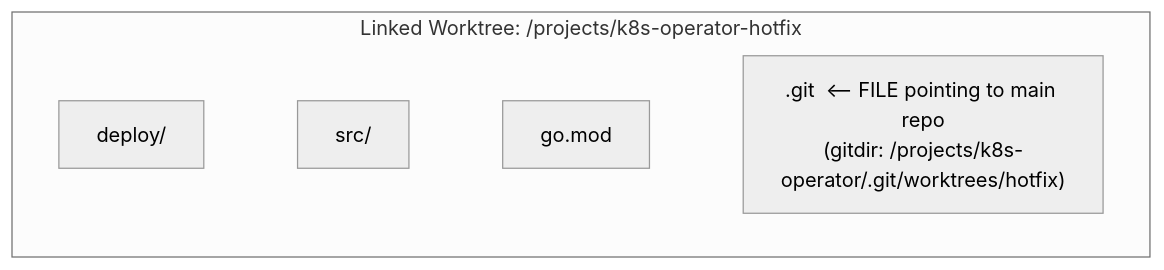
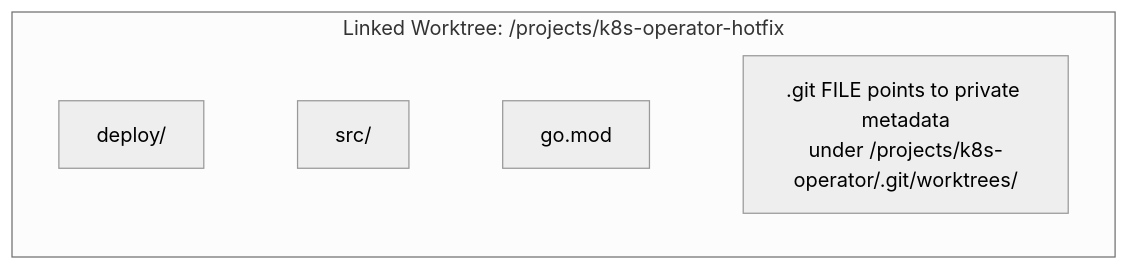
The second of 2 diagrams in src/content/docs/prerequisites/git-deep-dive/module-5-worktrees-stashing.md (kube-dojo/kube-dojo.github.io), drawn with Mermaid (neutral theme) before and after one commit. The commit also changed other lines of this file and 1 other file, not shown here.

````diff
--- a/src/content/docs/prerequisites/git-deep-dive/module-5-worktrees-stashing.md
+++ b/src/content/docs/prerequisites/git-deep-dive/module-5-worktrees-stashing.md
@@ -219,8 +223,8 @@
 ```mermaid
 flowchart TD
     subgraph LinkedWorktree ["Linked Worktree: /projects/k8s-operator-hotfix"]
         deploy["deploy/"] ~~~ src["src/"]
         src ~~~ gomod["go.mod"]
-        gomod ~~~ dotgit[".git  <-- FILE pointing to main repo<br/>(gitdir: /projects/k8s-operator/.git/worktrees/hotfix)"]
+        gomod ~~~ dotgit[".git FILE points to private metadata<br/>under /projects/k8s-operator/.git/worktrees/"]
     end
 ```
````
